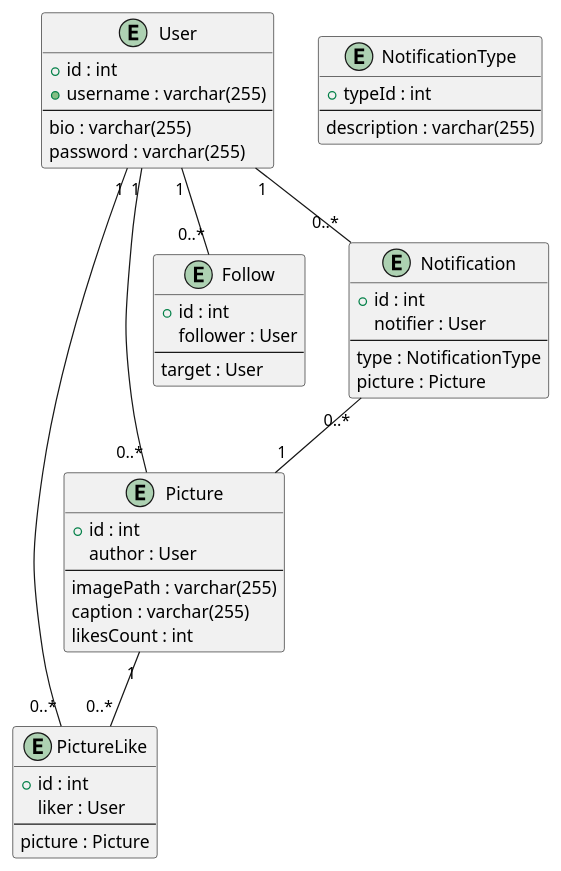
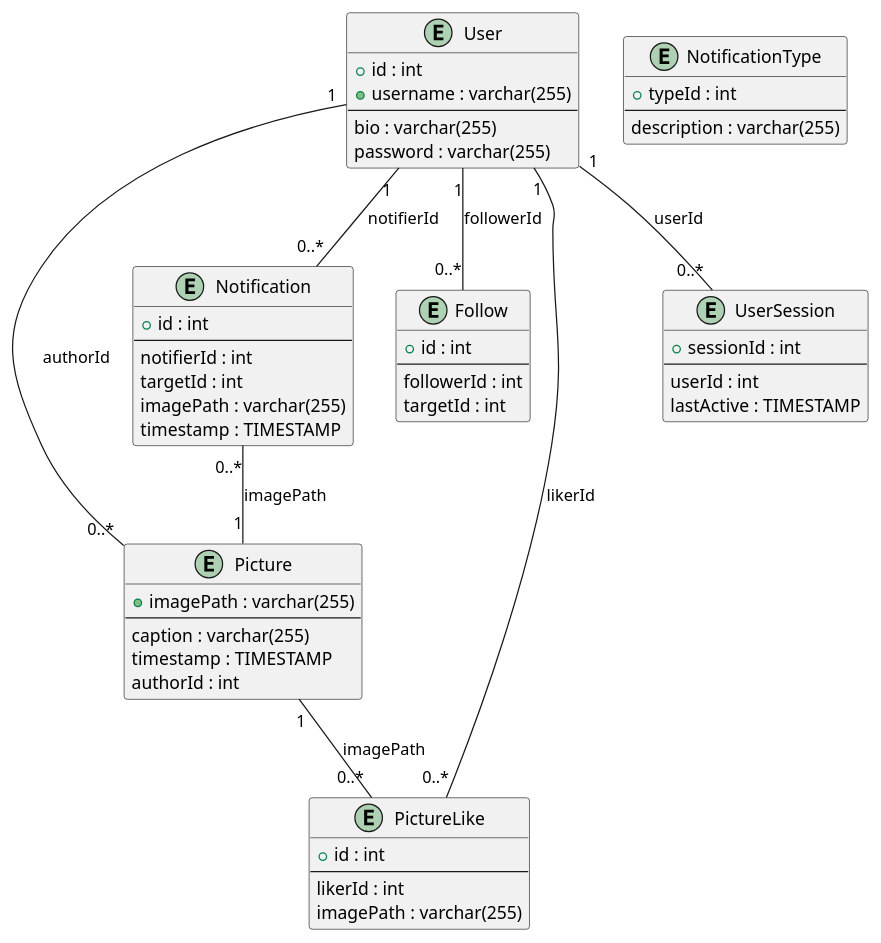
The diagram in PUML/erd.puml (MaxGurbanli/Quackstagram), drawn with PlantUML before and after one commit. The commit also changed 2 other files, not shown here.

Commit message:
Ensure 3NF in ERD and format files

```diff
--- a/PUML/erd.puml
+++ b/PUML/erd.puml
@@ -1,55 +1,63 @@
 @startuml QuackstagramERD
 
 entity "User" as user {
   + id : int
   + username : varchar(255)
   --
   bio : varchar(255)
   password : varchar(255)
 }
 
 entity "Picture" as picture {
-  + id : int
-  author : User
+  + imagePath : varchar(255)
   --
-  imagePath : varchar(255)
   caption : varchar(255)
-  likesCount : int
+  timestamp : TIMESTAMP
+  authorId : int
 }
 
 entity "PictureLike" as picturelike {
   + id : int
-  liker : User
   --
-  picture : Picture
+  likerId : int
+  imagePath : varchar(255)
 }
 
 entity "Follow" as follow {
   + id : int
-  follower : User
   --
-  target : User
+  followerId : int
+  targetId : int
 }
 
 entity "Notification" as notification {
   + id : int
-  notifier : User
   --
-  type : NotificationType
-  picture : Picture
+  notifierId : int
+  targetId : int
+  imagePath : varchar(255)
+  timestamp : TIMESTAMP
 }
 
 entity "NotificationType" as ntype {
   + typeId : int
   --
   description : varchar(255)
 }
 
-user "1" -- "0..*" picture
-user "1" -- "0..*" picturelike
-user "1" -- "0..*" follow
-user "1" -- "0..*" notification
-notification "0..*" -- "1" picture
-picture "1" -- "0..*" picturelike
+entity "UserSession" as usersession {
+  + sessionId : int
+  --
+  userId : int
+  lastActive : TIMESTAMP
+}
+
+user "1" -- "0..*" picture : "authorId"
+user "1" -- "0..*" picturelike : "likerId"
+user "1" -- "0..*" follow : "followerId"
+user "1" -- "0..*" notification : "notifierId"
+user "1" -- "0..*" usersession : "userId"
+notification "0..*" -- "1" picture : "imagePath"
+picture "1" -- "0..*" picturelike : "imagePath"
 
 @enduml
```
